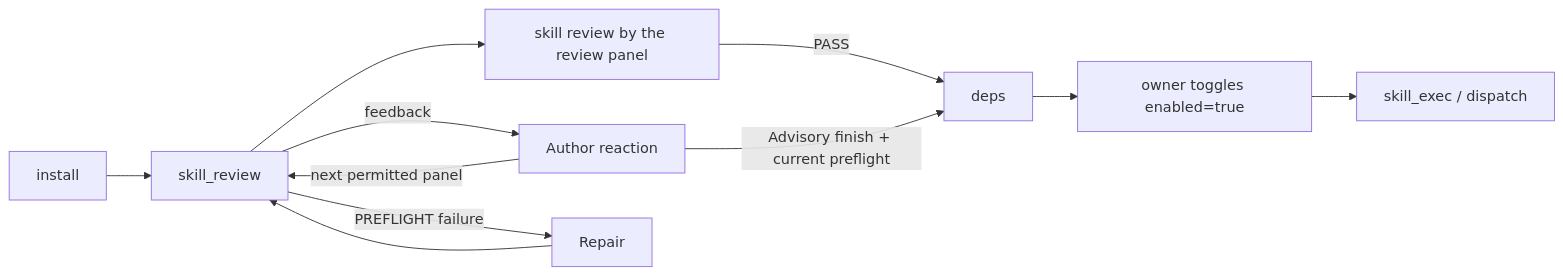
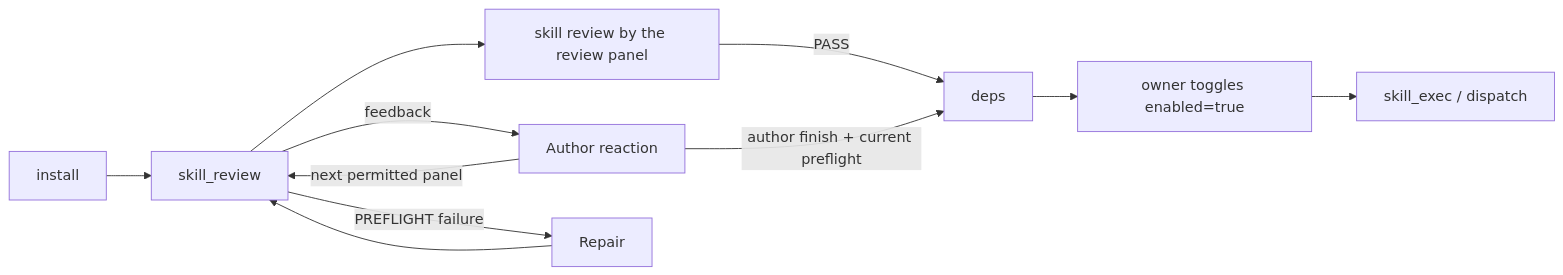
Before and after one commit to razzant/ouroboros: the diagram in docs/CREATING_SKILLS.md, drawn with Mermaid. The commit also changed other lines of this file and 12 other files, not shown here.

````diff
--- a/docs/CREATING_SKILLS.md
+++ b/docs/CREATING_SKILLS.md
@@ -411,13 +411,13 @@
 ```mermaid
 flowchart LR
     install[install] --> review[skill_review]
     review --> triad[skill review by the review panel]
     triad -- PASS --> deps
     deps --> enable[owner toggles enabled=true]
     enable --> execute[skill_exec / dispatch]
     review -- feedback --> reaction[Author reaction]
     reaction -- next permitted panel --> review
-    reaction -- Advisory finish + current preflight --> deps
+    reaction -- author finish + current preflight --> deps
     review -- PREFLIGHT failure --> repair[Repair]
     repair --> review
 ```
````
